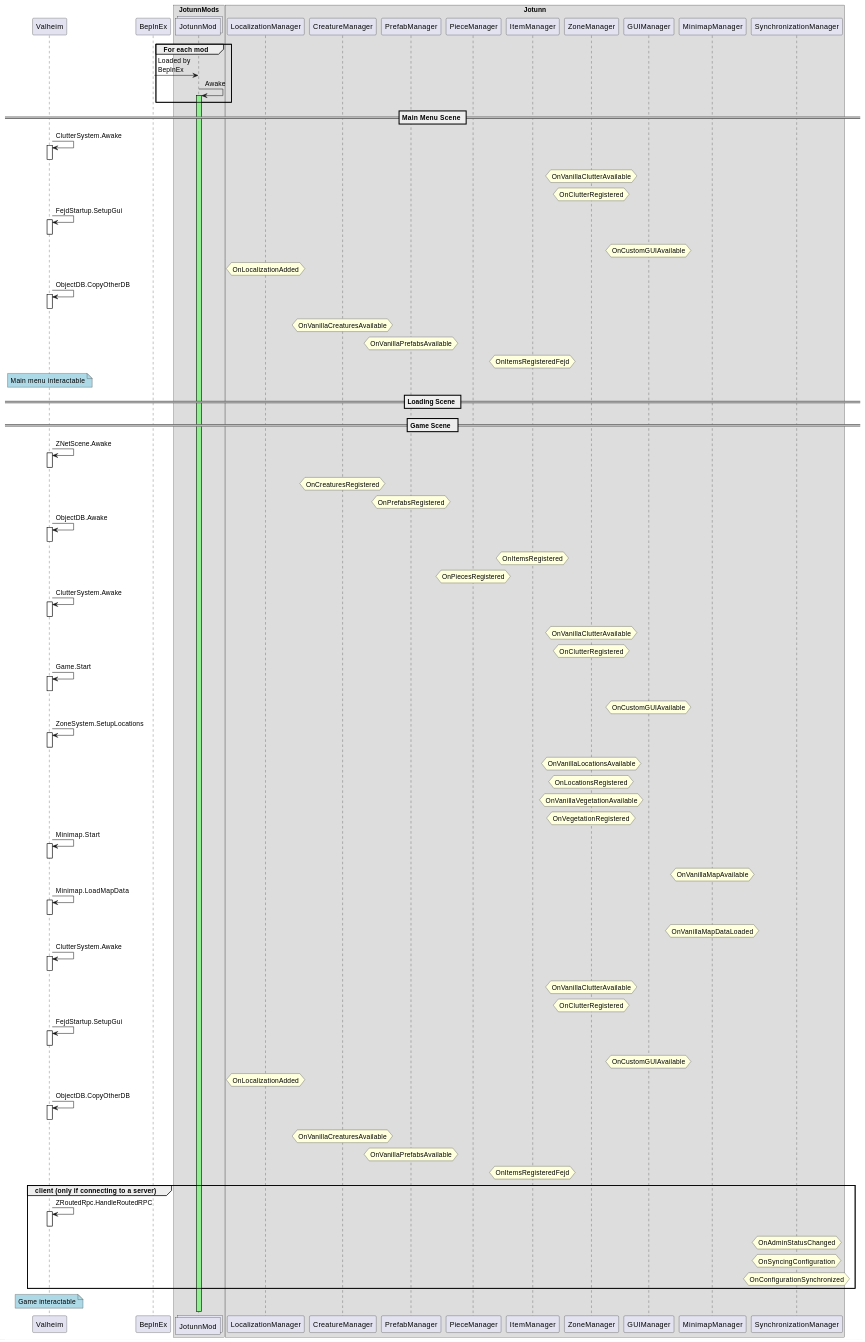
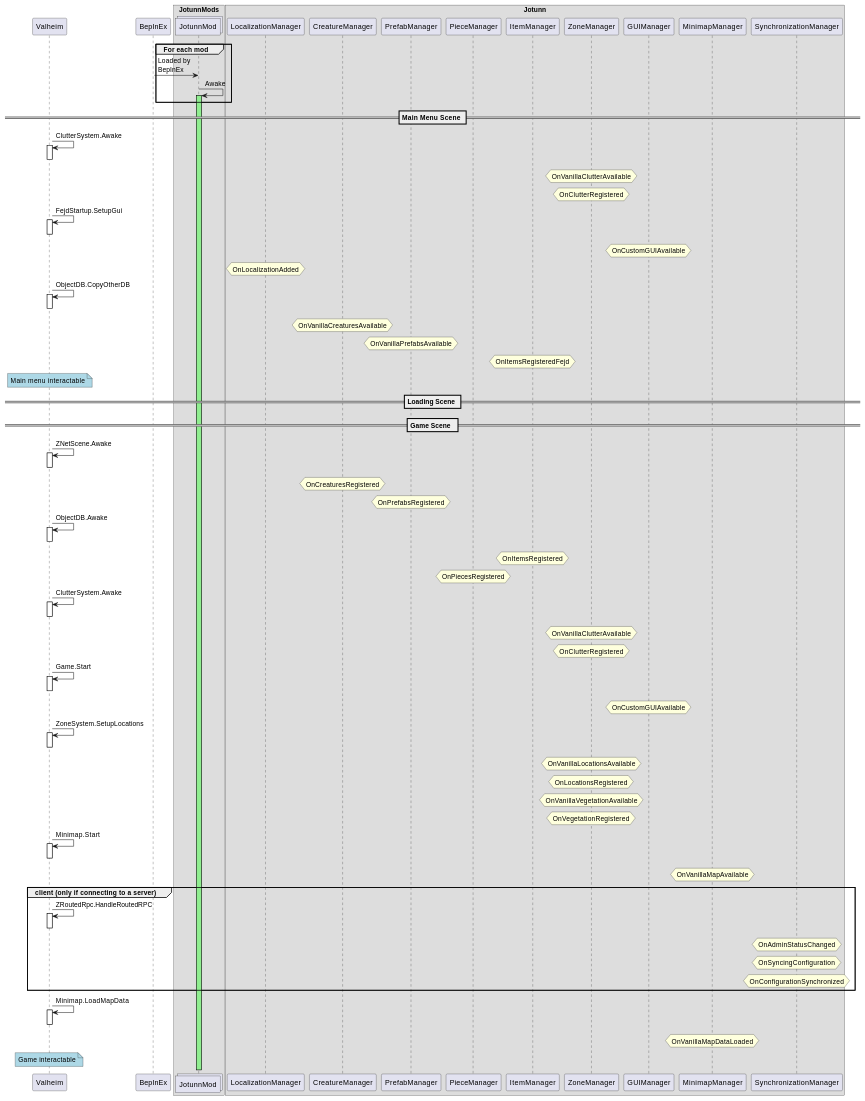
Before and after one commit to Valheim-Modding/Jotunn: the diagram in JotunnLib/Documentation/tutorials/events.md, drawn with PlantUML. The commit also changed 2 other files, not shown here.

Commit message:
docs: fix events

````diff
--- a/JotunnLib/Documentation/tutorials/events.md
+++ b/JotunnLib/Documentation/tutorials/events.md
@@ -106,26 +106,6 @@
     hnote over MinimapManager: OnVanillaMapAvailable
 deactivate Valheim
 
-Valheim -> Valheim++: Minimap.LoadMapData
-    hnote over MinimapManager: OnVanillaMapDataLoaded
-deactivate Valheim
-
-Valheim -> Valheim++: ClutterSystem.Awake
-    hnote over ZoneManager: OnVanillaClutterAvailable
-    hnote over ZoneManager: OnClutterRegistered
-deactivate Valheim
-
-Valheim -> Valheim++: FejdStartup.SetupGui
-    hnote over GUIManager: OnCustomGUIAvailable
-    hnote over LocalizationManager: OnLocalizationAdded
-deactivate Valheim
-
-Valheim -> Valheim++: ObjectDB.CopyOtherDB
-    hnote over CreatureManager: OnVanillaCreaturesAvailable
-    hnote over PrefabManager: OnVanillaPrefabsAvailable
-    hnote over ItemManager: OnItemsRegisteredFejd
-deactivate Valheim
-
 group client (only if connecting to a server)
 Valheim -> Valheim++: ZRoutedRpc.HandleRoutedRPC
     hnote over SynchronizationManager: OnAdminStatusChanged
@@ -134,5 +114,9 @@
 deactivate Valheim
 end group
 
+Valheim -> Valheim++: Minimap.LoadMapData
+    hnote over MinimapManager: OnVanillaMapDataLoaded
+deactivate Valheim
+
 note over Valheim #lightblue: Game interactable
 ```
````
